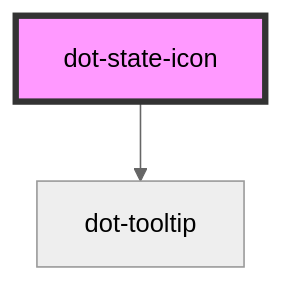
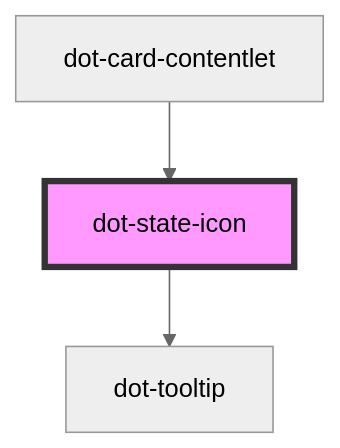
One commit to dotCMS/core changed the diagram in libs/dotcms-webcomponents/src/elements/dot-state-icon/readme.md. Above: the diagram before and after it, drawn with Mermaid (neutral theme). The commit also changed other lines of this file and 2 other files, not shown here.

````diff
--- a/libs/dotcms-webcomponents/src/elements/dot-state-icon/readme.md
+++ b/libs/dotcms-webcomponents/src/elements/dot-state-icon/readme.md
@@ -22,5 +26,6 @@
 ```mermaid
 graph TD;
   dot-state-icon --> dot-tooltip
+  dot-card-contentlet --> dot-state-icon
   style dot-state-icon fill:#f9f,stroke:#333,stroke-width:4px
 ```
````
